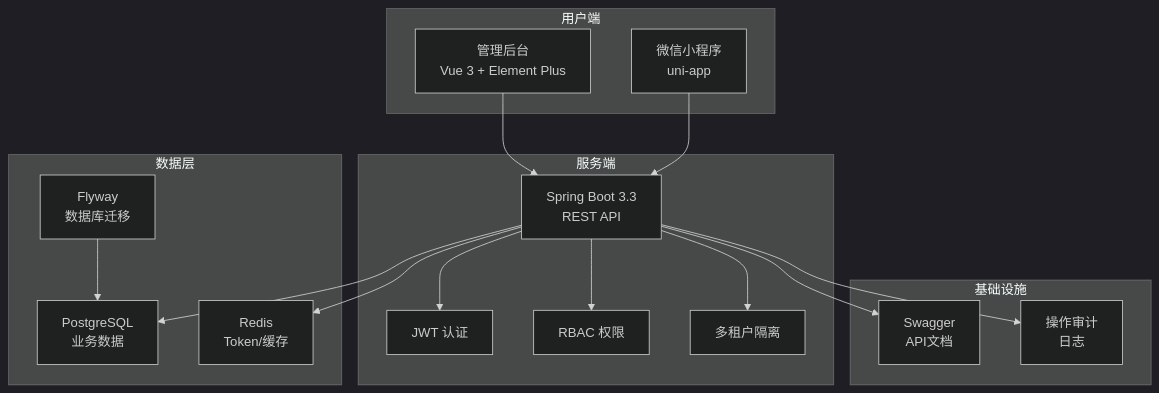
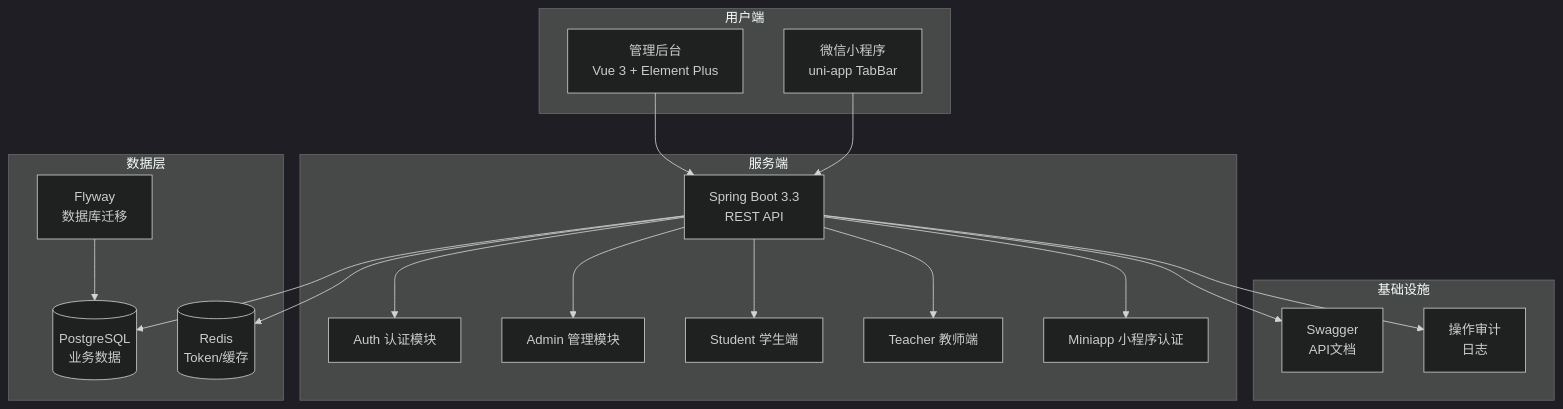
One commit to wxzw/edu changed the diagram in README.md. Above: the diagram before and after it, drawn with Mermaid (dark theme). The commit also changed other lines of this file and 154 other files, not shown here.

First line of the commit message:
feat: add teacher/student modules, group management, miniapp pages and backend tests

````diff
--- a/README.md
+++ b/README.md
@@ -16,36 +17,40 @@
 ```mermaid
 graph TB
     subgraph "用户端"
         A1[管理后台<br/>Vue 3 + Element Plus]
-        A2[微信小程序<br/>uni-app]
+        A2[微信小程序<br/>uni-app TabBar]
     end
     
     subgraph "服务端"
         B1[Spring Boot 3.3<br/>REST API]
-        B2[JWT 认证]
-        B3[RBAC 权限]
-        B4[多租户隔离]
+        B2[Auth 认证模块]
+        B3[Admin 管理模块]
+        B4[Student 学生端]
+        B5[Teacher 教师端]
+        B6[Miniapp 小程序认证]
     end
     
     subgraph "数据层"
-        C1[PostgreSQL<br/>业务数据]
-        C2[Redis<br/>Token/缓存]
+        C1[(PostgreSQL<br/>业务数据)]
+        C2[(Redis<br/>Token/缓存)]
         C3[Flyway<br/>数据库迁移]
     end
     
     subgraph "基础设施"
         D1[Swagger<br/>API文档]
         D2[操作审计<br/>日志]
     end
     
     A1 --> B1
     A2 --> B1
     B1 --> B2
     B1 --> B3
     B1 --> B4
+    B1 --> B5
+    B1 --> B6
     B1 --> C1
     B1 --> C2
     B1 --> D1
     B1 --> D2
     C3 --> C1
 ```
````
